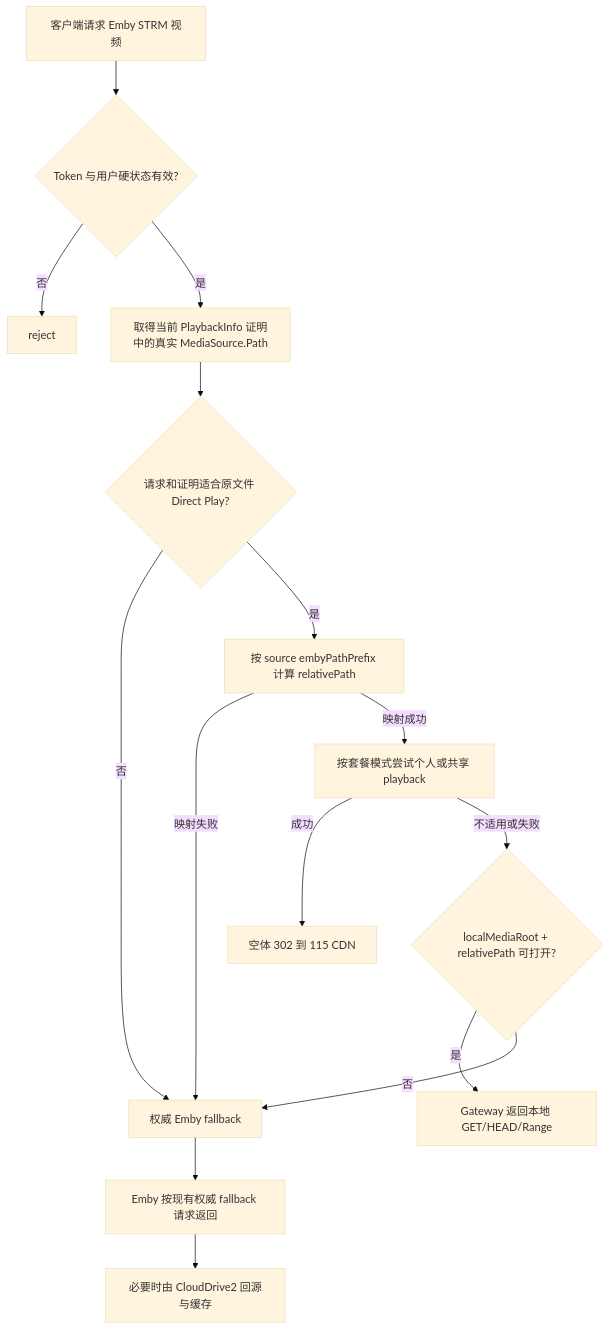
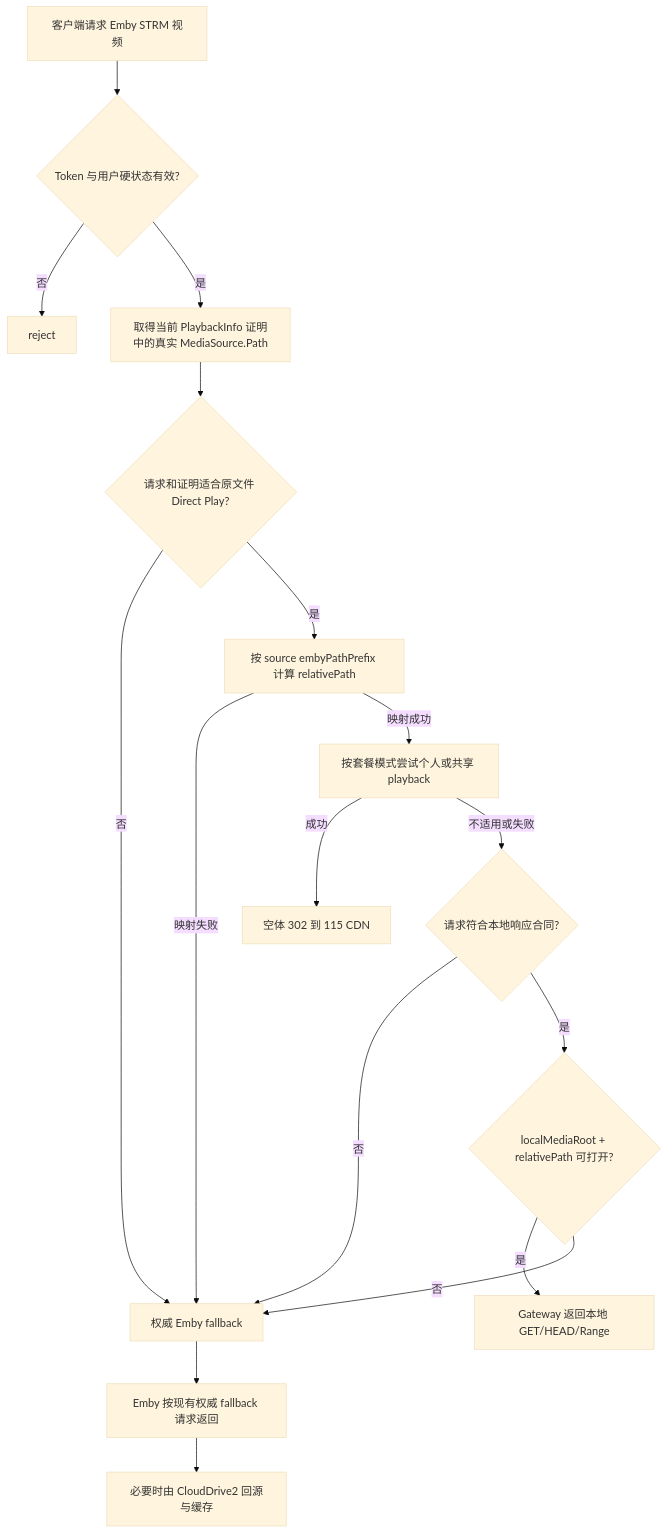
The diagram in docs/plan/architecture/strm-local-media-fallback.md (konghanghang/ember), drawn with Mermaid (base theme) before and after one commit. The commit also changed other lines of this file and 1 other file, not shown here.

````diff
--- a/docs/plan/architecture/strm-local-media-fallback.md
+++ b/docs/plan/architecture/strm-local-media-fallback.md
@@ -142,17 +146,19 @@
 ```mermaid
 flowchart TD
     A[客户端请求 Emby STRM 视频] --> B{Token 与用户硬状态有效?}
     B -- 否 --> R[reject]
     B -- 是 --> C[取得当前 PlaybackInfo 证明中的真实 MediaSource.Path]
     C --> D{请求和证明适合原文件 Direct Play?}
     D -- 否 --> E[权威 Emby fallback]
     D -- 是 --> M[按 source embyPathPrefix 计算 relativePath]
     M -- 映射失败 --> E
     M -- 映射成功 --> P[按套餐模式尝试个人或共享 playback]
     P -- 成功 --> X[空体 302 到 115 CDN]
-    P -- 不适用或失败 --> L{localMediaRoot + relativePath 可打开?}
+    P -- 不适用或失败 --> Q{请求符合本地响应合同?}
+    Q -- 否 --> E
+    Q -- 是 --> L{localMediaRoot + relativePath 可打开?}
     L -- 是 --> S[Gateway 返回本地 GET/HEAD/Range]
     L -- 否 --> E
     E --> F[Emby 按现有权威 fallback 请求返回]
     F --> G[必要时由 CloudDrive2 回源与缓存]
 ```
````
